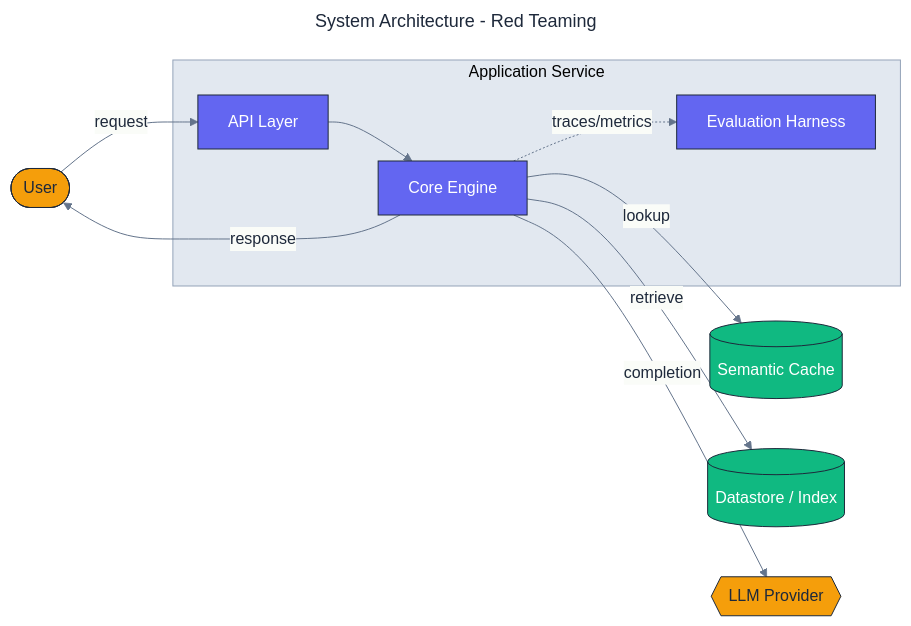
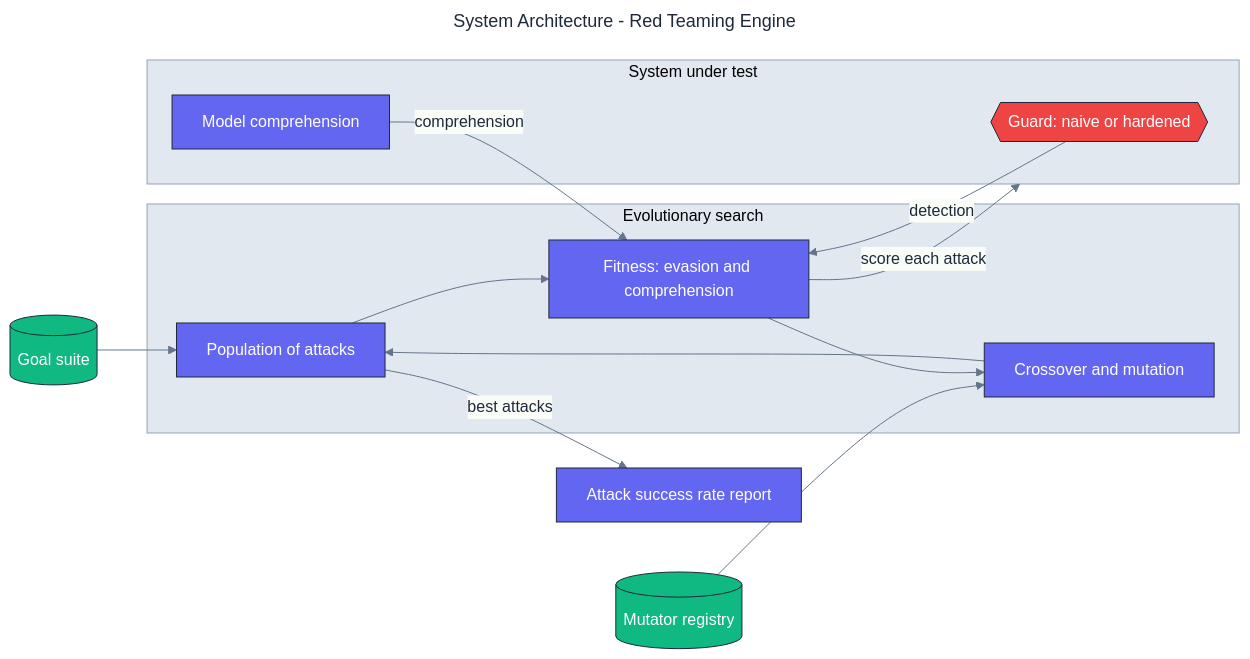
One commit to adeoluo/red-teaming changed the diagram in docs/architecture/architecture.mmd. Above: the diagram before and after it, drawn with Mermaid. The commit also changed 9 other files, not shown here.

First line of the commit message:
docs: write README, architecture diagram, and responsible-AI cards

```diff
--- a/docs/architecture/architecture.mmd
+++ b/docs/architecture/architecture.mmd
@@ -1,38 +1,43 @@
 ---
-title: System Architecture - Red Teaming
+title: System Architecture - Red Teaming Engine
 config:
   theme: base
   themeVariables:
     fontFamily: "Inter, system-ui, sans-serif"
     primaryColor: "#F8FAFC"
     primaryBorderColor: "#1E293B"
     primaryTextColor: "#1E293B"
     lineColor: "#64748B"
     clusterBkg: "#E2E8F0"
     clusterBorder: "#94A3B8"
 ---
 flowchart LR
     classDef core     fill:#6366F1,stroke:#1E293B,color:#ffffff,stroke-width:1px;
     classDef data     fill:#10B981,stroke:#1E293B,color:#ffffff,stroke-width:1px;
-    classDef external fill:#F59E0B,stroke:#1E293B,color:#1E293B,stroke-width:1px;
     classDef danger   fill:#EF4444,stroke:#1E293B,color:#ffffff,stroke-width:1px;
 
-    User([User]):::external
+    Goals[(Goal suite)]:::data
+    Mutators[(Mutator registry)]:::data
 
-    subgraph Application["Application Service"]
-        API[API Layer]:::core
-        Core[Core Engine]:::core
-        Evaluation[Evaluation Harness]:::core
+    subgraph Search["Evolutionary search"]
+        Population[Population of attacks]:::core
+        Fitness[Fitness: evasion and comprehension]:::core
+        Variation[Crossover and mutation]:::core
     end
 
-    Cache[(Semantic Cache)]:::data
-    Store[(Datastore / Index)]:::data
-    LLM{{LLM Provider}}:::external
+    subgraph Target["System under test"]
+        Guard{{Guard: naive or hardened}}:::danger
+        Model[Model comprehension]:::core
+    end
 
-    User -->|request| API
-    API --> Core
-    Core -->|lookup| Cache
-    Core -->|retrieve| Store
-    Core -->|completion| LLM
-    Core -.->|traces/metrics| Evaluation
-    Core -->|response| User
+    Report[Attack success rate report]:::core
+
+    Goals --> Population
+    Mutators --> Variation
+    Population --> Fitness
+    Fitness -->|score each attack| Target
+    Guard -->|detection| Fitness
+    Model -->|comprehension| Fitness
+    Fitness --> Variation
+    Variation --> Population
+    Population -->|best attacks| Report
```
